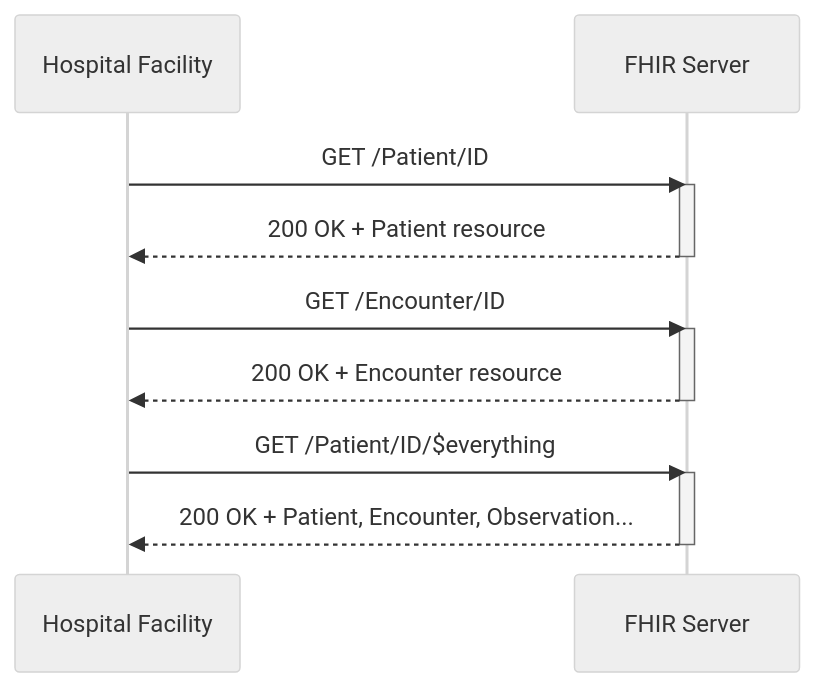
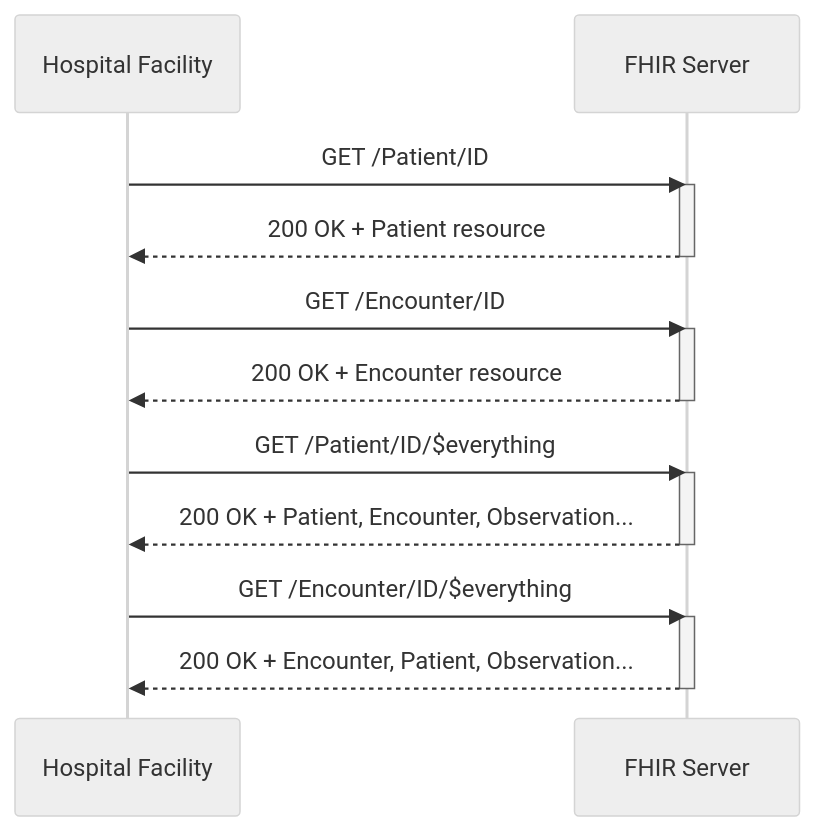
One commit to UPM-NTHC/PH-RSNovember2025Connectathon changed the diagram in use-case-2.md. Above: the diagram before and after it, drawn with Mermaid (neutral theme). The commit also changed other lines of this file and 2 other files, not shown here.

Commit message:
Content of use cases updated

````diff
--- a/use-case-2.md
+++ b/use-case-2.md
@@ -43,15 +45,22 @@
 ```mermaid
 sequenceDiagram
     Hospital Facility->>FHIR Server : GET /Patient/ID
     activate FHIR Server
     FHIR Server-->> Hospital Facility: 200 OK + Patient resource
     deactivate FHIR Server
+
     Hospital Facility->>FHIR Server: GET /Encounter/ID
     activate FHIR Server
     FHIR Server -->> Hospital Facility : 200 OK + Encounter resource
     deactivate FHIR Server
+
     Hospital Facility->>FHIR Server: GET /Patient/ID/$everything
     activate FHIR Server
     FHIR Server -->> Hospital Facility : 200 OK + Patient, Encounter, Observation...
     deactivate FHIR Server
+    
+    Hospital Facility->>FHIR Server: GET /Encounter/ID/$everything
+    activate FHIR Server
+    FHIR Server -->> Hospital Facility : 200 OK + Encounter, Patient, Observation...
+    deactivate FHIR Server
 ```
````
